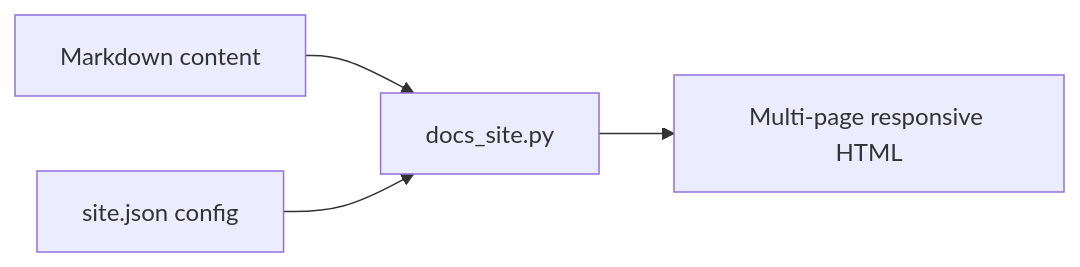
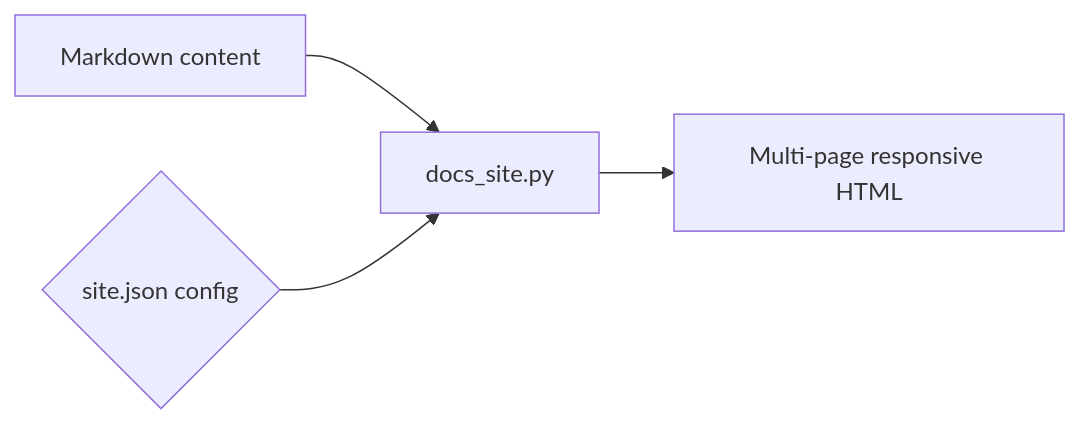
One commit to chaos-design/skills changed the first of 2 diagrams in skills/docs-site/templates/docs/introduction.md. Above: the diagram before and after it, drawn with Mermaid. The commit also changed other lines of this file and 12 other files, not shown here.

````diff
--- a/skills/docs-site/templates/docs/introduction.md
+++ b/skills/docs-site/templates/docs/introduction.md
@@ -25,6 +25,6 @@
 ```mermaid
 graph LR
   A[Markdown content] --> C[docs_site.py]
-  B[site.json config] --> C
+  B{site.json config} --> C
   C --> O[Multi-page responsive HTML]
 ```
````
